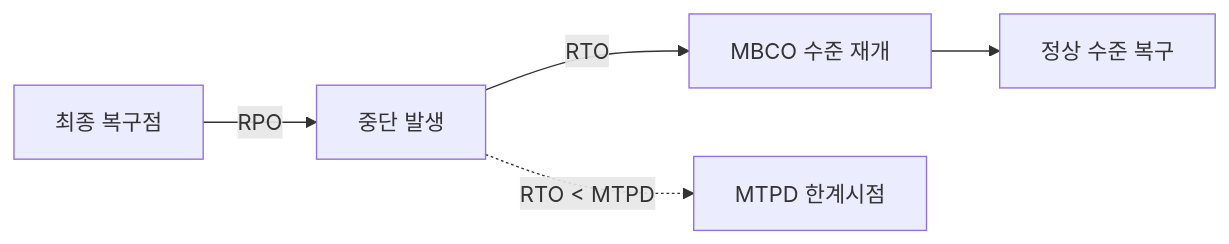
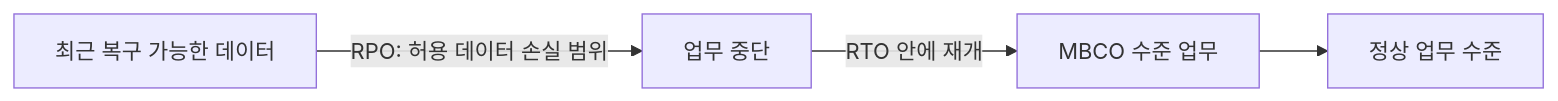
One commit to agnusdei1207/study changed the third of 3 diagrams in src/content/docs/notes/itpe/01-it-strategy/030_bcp.md. Above: the diagram before and after it, drawn with Mermaid. The commit also changed other lines of this file and 6 other files, not shown here.

````diff
--- a/src/content/docs/notes/itpe/01-it-strategy/030_bcp.md
+++ b/src/content/docs/notes/itpe/01-it-strategy/030_bcp.md
@@ -110,7 +107,6 @@
 ```mermaid
 flowchart LR
-    P["최종 복구점"] -->|"RPO"| I["중단 발생"]
-    I -->|"RTO"| M["MBCO 수준 재개"]
-    M --> N["정상 수준 복구"]
-    I -.->|"RTO < MTPD"| X["MTPD 한계시점"]
+    P["최근 복구 가능한 데이터"] -->|RPO: 허용 데이터 손실 범위| I["업무 중단"]
+    I -->|RTO 안에 재개| M["MBCO 수준 업무"]
+    M --> N["정상 업무 수준"]
 ```
````
